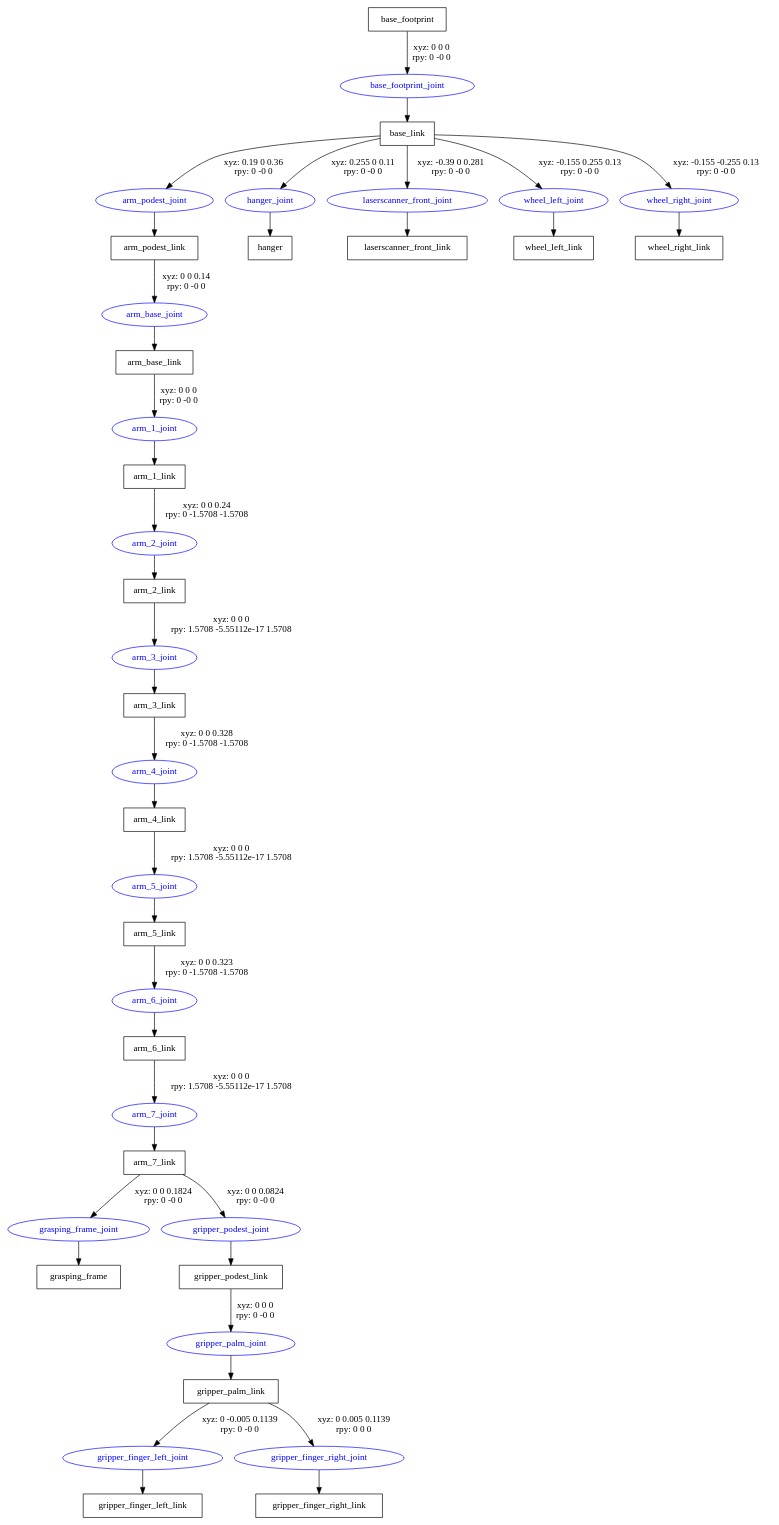
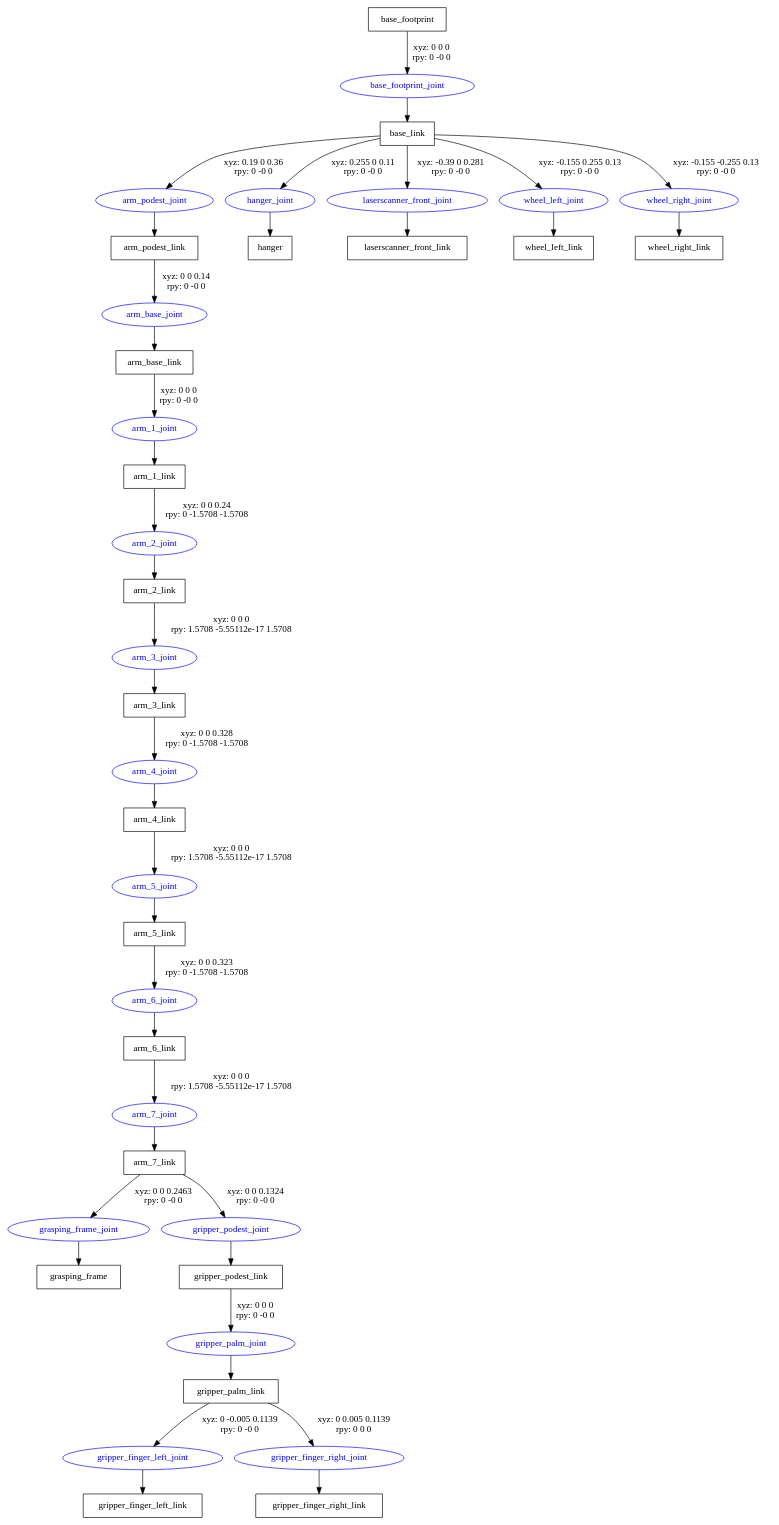
Before and after one commit to EliasWYQ/neobotix_schunk_pybullet: the diagram in data/neobotixschunk/mp500lwa4d_robot.gv, drawn with Graphviz. The commit also changed 9 other files, not shown here.

```diff
--- a/data/neobotixschunk/mp500lwa4d_robot.gv
+++ b/data/neobotixschunk/mp500lwa4d_robot.gv
@@ -1,62 +1,62 @@
 digraph G {
 node [shape=box];
 "base_footprint" [label="base_footprint"];
 "base_link" [label="base_link"];
 "arm_podest_link" [label="arm_podest_link"];
 "arm_base_link" [label="arm_base_link"];
 "arm_1_link" [label="arm_1_link"];
 "arm_2_link" [label="arm_2_link"];
 "arm_3_link" [label="arm_3_link"];
 "arm_4_link" [label="arm_4_link"];
 "arm_5_link" [label="arm_5_link"];
 "arm_6_link" [label="arm_6_link"];
 "arm_7_link" [label="arm_7_link"];
 "grasping_frame" [label="grasping_frame"];
 "gripper_podest_link" [label="gripper_podest_link"];
 "gripper_palm_link" [label="gripper_palm_link"];
 "gripper_finger_left_link" [label="gripper_finger_left_link"];
 "gripper_finger_right_link" [label="gripper_finger_right_link"];
 "hanger" [label="hanger"];
 "laserscanner_front_link" [label="laserscanner_front_link"];
 "wheel_left_link" [label="wheel_left_link"];
 "wheel_right_link" [label="wheel_right_link"];
 node [shape=ellipse, color=blue, fontcolor=blue];
 "base_footprint" -> "base_footprint_joint" [label="xyz: 0 0 0 \nrpy: 0 -0 0"]
 "base_footprint_joint" -> "base_link"
 "base_link" -> "arm_podest_joint" [label="xyz: 0.19 0 0.36 \nrpy: 0 -0 0"]
 "arm_podest_joint" -> "arm_podest_link"
 "arm_podest_link" -> "arm_base_joint" [label="xyz: 0 0 0.14 \nrpy: 0 -0 0"]
 "arm_base_joint" -> "arm_base_link"
 "arm_base_link" -> "arm_1_joint" [label="xyz: 0 0 0 \nrpy: 0 -0 0"]
 "arm_1_joint" -> "arm_1_link"
 "arm_1_link" -> "arm_2_joint" [label="xyz: 0 0 0.24 \nrpy: 0 -1.5708 -1.5708"]
 "arm_2_joint" -> "arm_2_link"
 "arm_2_link" -> "arm_3_joint" [label="xyz: 0 0 0 \nrpy: 1.5708 -5.55112e-17 1.5708"]
 "arm_3_joint" -> "arm_3_link"
 "arm_3_link" -> "arm_4_joint" [label="xyz: 0 0 0.328 \nrpy: 0 -1.5708 -1.5708"]
 "arm_4_joint" -> "arm_4_link"
 "arm_4_link" -> "arm_5_joint" [label="xyz: 0 0 0 \nrpy: 1.5708 -5.55112e-17 1.5708"]
 "arm_5_joint" -> "arm_5_link"
 "arm_5_link" -> "arm_6_joint" [label="xyz: 0 0 0.323 \nrpy: 0 -1.5708 -1.5708"]
 "arm_6_joint" -> "arm_6_link"
 "arm_6_link" -> "arm_7_joint" [label="xyz: 0 0 0 \nrpy: 1.5708 -5.55112e-17 1.5708"]
 "arm_7_joint" -> "arm_7_link"
-"arm_7_link" -> "grasping_frame_joint" [label="xyz: 0 0 0.1824 \nrpy: 0 -0 0"]
+"arm_7_link" -> "grasping_frame_joint" [label="xyz: 0 0 0.2463 \nrpy: 0 -0 0"]
 "grasping_frame_joint" -> "grasping_frame"
-"arm_7_link" -> "gripper_podest_joint" [label="xyz: 0 0 0.0824 \nrpy: 0 -0 0"]
+"arm_7_link" -> "gripper_podest_joint" [label="xyz: 0 0 0.1324 \nrpy: 0 -0 0"]
 "gripper_podest_joint" -> "gripper_podest_link"
 "gripper_podest_link" -> "gripper_palm_joint" [label="xyz: 0 0 0 \nrpy: 0 -0 0"]
 "gripper_palm_joint" -> "gripper_palm_link"
 "gripper_palm_link" -> "gripper_finger_left_joint" [label="xyz: 0 -0.005 0.1139 \nrpy: 0 -0 0"]
 "gripper_finger_left_joint" -> "gripper_finger_left_link"
 "gripper_palm_link" -> "gripper_finger_right_joint" [label="xyz: 0 0.005 0.1139 \nrpy: 0 0 0"]
 "gripper_finger_right_joint" -> "gripper_finger_right_link"
 "base_link" -> "hanger_joint" [label="xyz: 0.255 0 0.11 \nrpy: 0 -0 0"]
 "hanger_joint" -> "hanger"
 "base_link" -> "laserscanner_front_joint" [label="xyz: -0.39 0 0.281 \nrpy: 0 -0 0"]
 "laserscanner_front_joint" -> "laserscanner_front_link"
 "base_link" -> "wheel_left_joint" [label="xyz: -0.155 0.255 0.13 \nrpy: 0 -0 0"]
 "wheel_left_joint" -> "wheel_left_link"
 "base_link" -> "wheel_right_joint" [label="xyz: -0.155 -0.255 0.13 \nrpy: 0 -0 0"]
 "wheel_right_joint" -> "wheel_right_link"
 }
```
